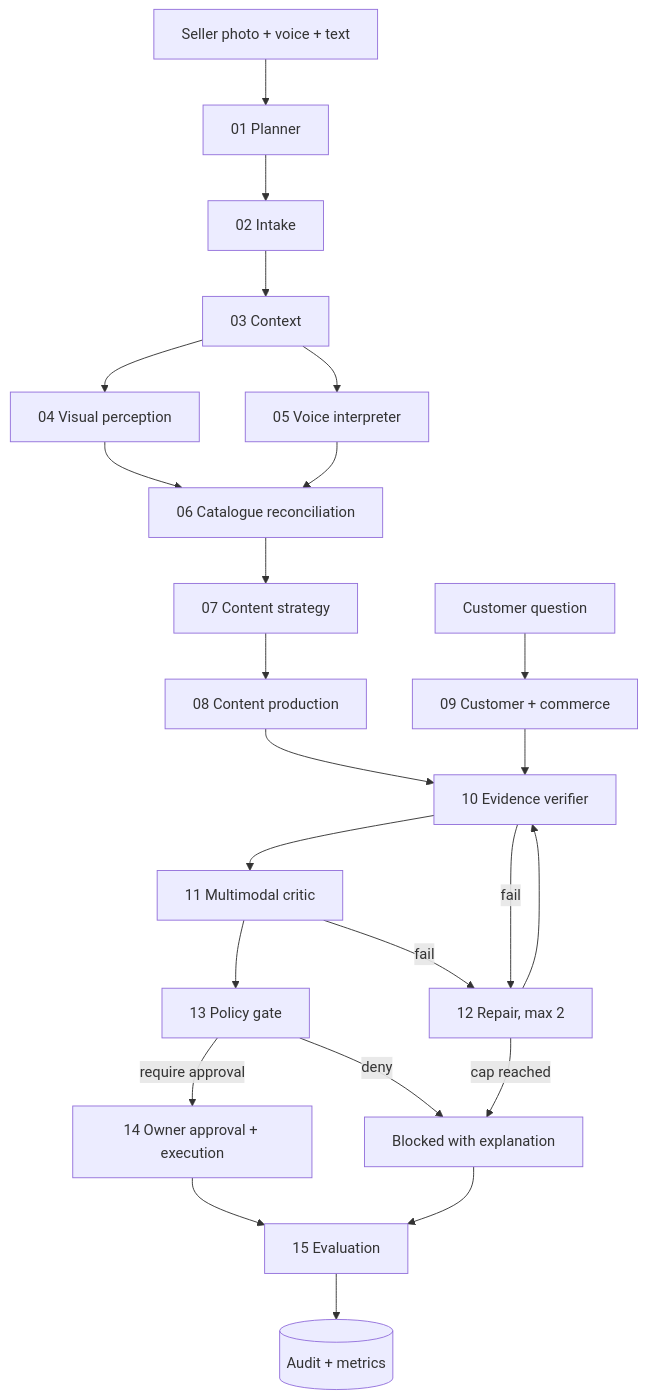
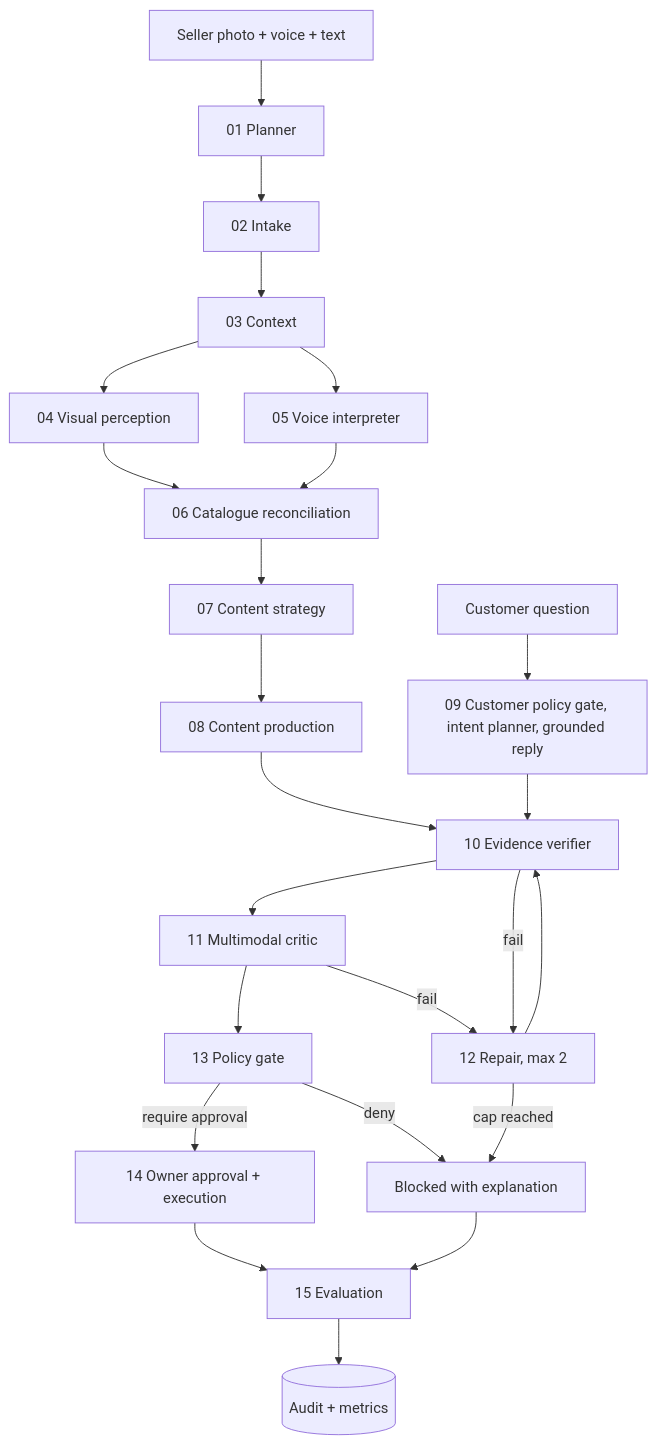
The second of 4 diagrams in docs/01-architecture.md (ABHIRAM-DEVP/Bizsaathi), drawn with Mermaid before and after one commit. The commit also changed other lines of this file and 120 other files, not shown here.

````diff
--- a/docs/01-architecture.md
+++ b/docs/01-architecture.md
@@ -39,26 +39,26 @@
 ```mermaid
 flowchart TD
   IN[Seller photo + voice + text] --> N1[01 Planner]
   N1 --> N2[02 Intake]
   N2 --> N3[03 Context]
   N3 --> N4[04 Visual perception]
   N3 --> N5[05 Voice interpreter]
   N4 --> N6[06 Catalogue reconciliation]
   N5 --> N6
   N6 --> N7[07 Content strategy]
   N7 --> N8[08 Content production]
-  CQ[Customer question] --> N9[09 Customer + commerce]
+  CQ[Customer question] --> N9[09 Customer policy gate, intent planner, grounded reply]
   N8 --> N10[10 Evidence verifier]
   N9 --> N10
   N10 --> N11[11 Multimodal critic]
   N11 --> N13[13 Policy gate]
   N10 -->|fail| N12[12 Repair, max 2]
   N11 -->|fail| N12
   N12 --> N10
   N12 -->|cap reached| BL[Blocked with explanation]
   N13 -->|require approval| N14[14 Owner approval + execution]
   N13 -->|deny| BL
   N14 --> N15[15 Evaluation]
   BL --> N15
   N15 --> AU[(Audit + metrics)]
 ```
````
